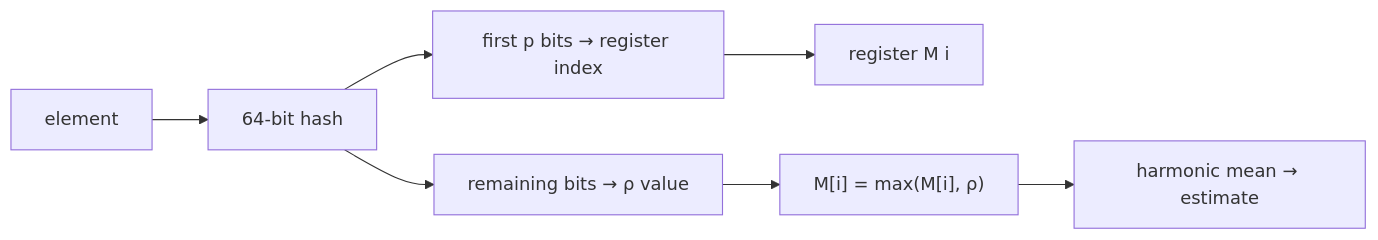
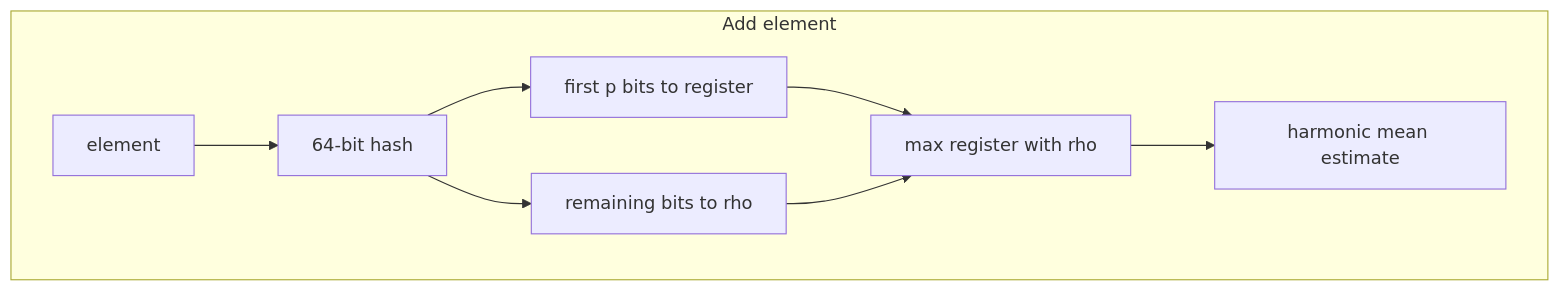
The third of 15 diagrams in 13-advanced-topics/README.md (hareramcse/SystemDesign), drawn with Mermaid before and after one commit. The commit also changed other lines of this file, not shown here.

````diff
--- a/13-advanced-topics/README.md
+++ b/13-advanced-topics/README.md
@@ -516,9 +522,12 @@
 ```mermaid
 flowchart LR
-    E[element] --> H[64-bit hash]
-    H --> Idx[first p bits → register index]
-    H --> Rho[remaining bits → ρ value]
-    Idx --> Reg[register M i]
-    Rho --> Update["M[i] = max(M[i], ρ)"]
-    Update --> Est[harmonic mean → estimate]
+    subgraph add["Add element"]
+        direction LR
+        E[element] --> H[64-bit hash]
+        H --> Idx[first p bits to register]
+        H --> Rho[remaining bits to rho]
+        Idx --> Upd["max register with rho"]
+        Rho --> Upd
+        Upd --> Est[harmonic mean estimate]
+    end
 ```
````
